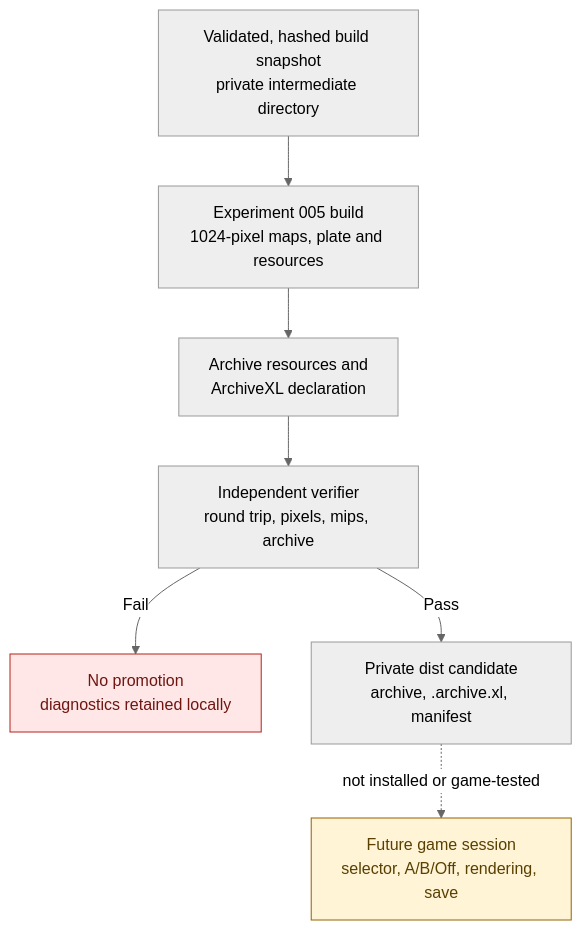
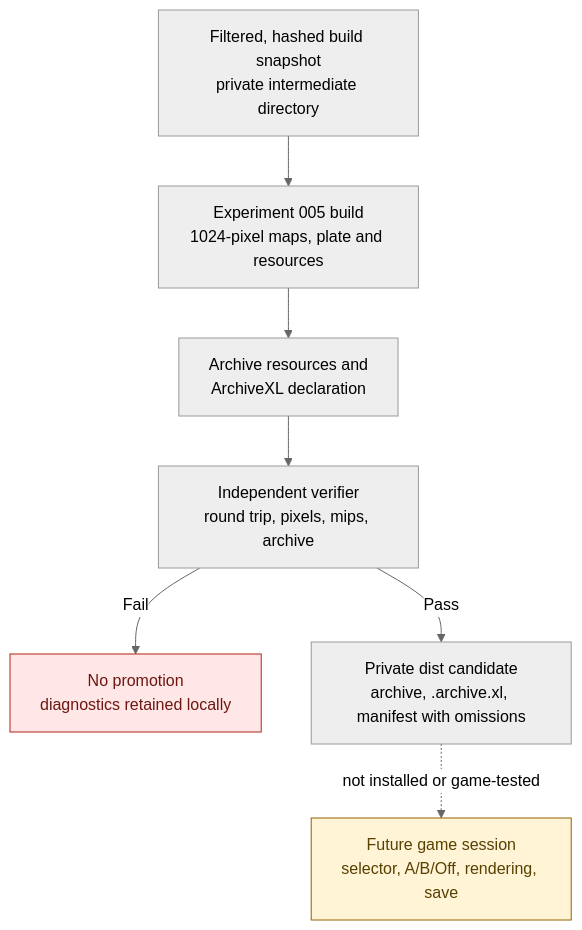
The second of 3 diagrams in research/authoring/studio-to-mod-pipeline.md (axefrog/xf-studio), drawn with Mermaid (neutral theme) before and after one commit. The commit also changed other lines of this file and 14 other files, not shown here.

````diff
--- a/research/authoring/studio-to-mod-pipeline.md
+++ b/research/authoring/studio-to-mod-pipeline.md
@@ -32,14 +36,14 @@
 ```mermaid
 flowchart TB
-  snapshot["Validated, hashed build snapshot<br/>private intermediate directory"] --> bake["Experiment 005 build<br/>1024-pixel maps, plate and resources"]
+  snapshot["Filtered, hashed build snapshot<br/>private intermediate directory"] --> bake["Experiment 005 build<br/>1024-pixel maps, plate and resources"]
   bake --> resources["Archive resources and<br/>ArchiveXL declaration"]
   resources --> verifier["Independent verifier<br/>round trip, pixels, mips, archive"]
   verifier -- Fail --> stop["No promotion<br/>diagnostics retained locally"]
-  verifier -- Pass --> dist["Private dist candidate<br/>archive, .archive.xl, manifest"]
+  verifier -- Pass --> dist["Private dist candidate<br/>archive, .archive.xl, manifest with omissions"]
   dist -. "not installed or game-tested" .-> runtime["Future game session<br/>selector, A/B/Off, rendering, save"]
 
   classDef blocked fill:#ffe7e7,stroke:#b42318,color:#6e1611;
   classDef pending fill:#fff4d6,stroke:#946200,color:#594000;
   class stop blocked;
   class runtime pending;
 ```
````
